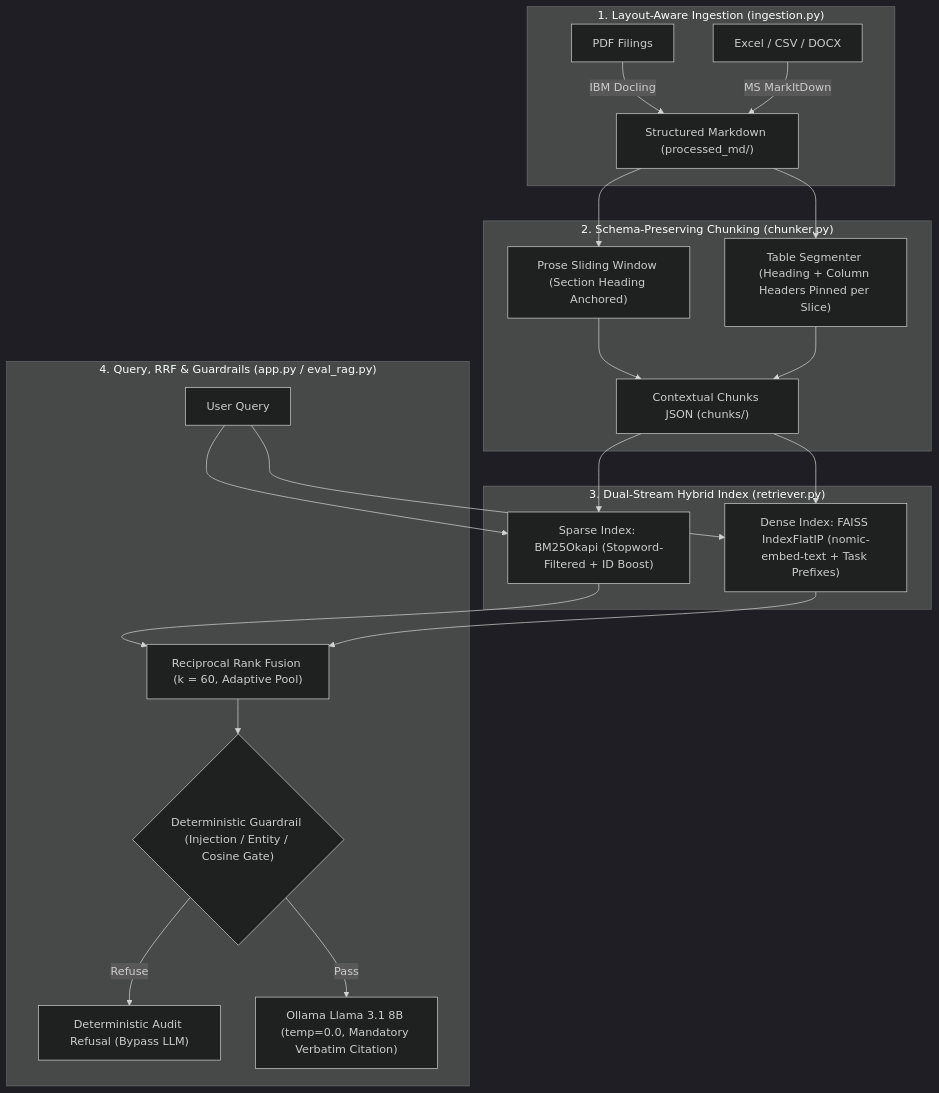
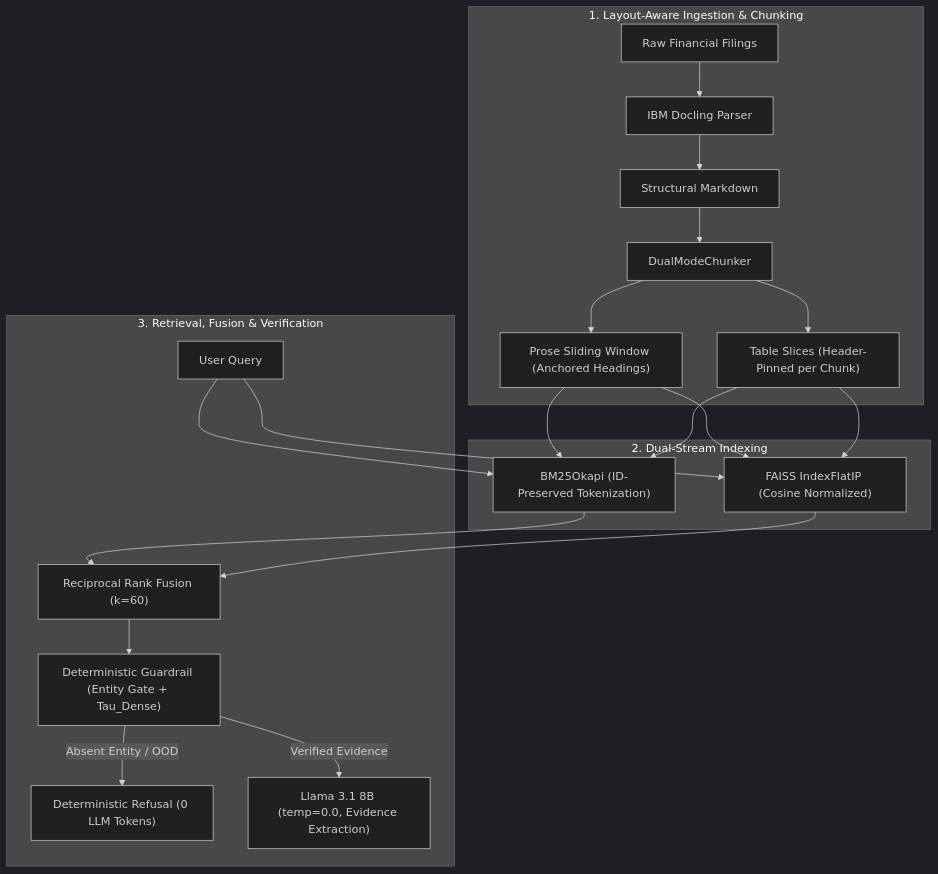
Before and after one commit to MihirNagarkar/DataHound-RAG: the diagram in README.md, drawn with Mermaid (dark theme). The commit also changed other lines of this file and 4 other files, not shown here.

````diff
--- a/README.md
+++ b/README.md
@@ -17,29 +17,23 @@
 ```mermaid
 flowchart TD
-    subgraph S1["1. Layout-Aware Ingestion (ingestion.py)"]
-        PDF["PDF Filings"] -->|IBM Docling| MD["Structured Markdown (processed_md/)"]
-        XLS["Excel / CSV / DOCX"] -->|MS MarkItDown| MD
+    subgraph Ingestion ["1. Layout-Aware Ingestion & Chunking"]
+        PDF["Raw Financial Filings"] --> Docling["IBM Docling Parser"]
+        Docling --> MD["Structural Markdown"]
+        MD --> Chunker["DualModeChunker"]
+        Chunker --> Prose["Prose Sliding Window (Anchored Headings)"]
+        Chunker --> Tables["Table Slices (Header-Pinned per Chunk)"]
     end
 
-    subgraph S2["2. Schema-Preserving Chunking (chunker.py)"]
-        MD --> PROSE["Prose Sliding Window (Section Heading Anchored)"]
-        MD --> TABLE["Table Segmenter (Heading + Column Headers Pinned per Slice)"]
-        PROSE --> CHUNKS["Contextual Chunks JSON (chunks/)"]
-        TABLE --> CHUNKS
+    subgraph Indexing ["2. Dual-Stream Indexing"]
+        Prose & Tables --> BM25["BM25Okapi (ID-Preserved Tokenization)"]
+        Prose & Tables --> FAISS["FAISS IndexFlatIP (Cosine Normalized)"]
     end
 
-    subgraph S3["3. Dual-Stream Hybrid Index (retriever.py)"]
-        CHUNKS --> BM25["Sparse Index: BM25Okapi (Stopword-Filtered + ID Boost)"]
-        CHUNKS --> FAISS["Dense Index: FAISS IndexFlatIP (nomic-embed-text + Task Prefixes)"]
-    end
-
-    subgraph S4["4. Query, RRF & Guardrails (app.py / eval_rag.py)"]
-        Q["User Query"] --> BM25
-        Q --> FAISS
-        BM25 --> RRF["Reciprocal Rank Fusion (k = 60, Adaptive Pool)"]
-        FAISS --> RRF
-        RRF --> GUARD{"Deterministic Guardrail (Injection / Entity / Cosine Gate)"}
-        GUARD -->|Refuse| REF["Deterministic Audit Refusal (Bypass LLM)"]
-        GUARD -->|Pass| LLM["Ollama Llama 3.1 8B (temp=0.0, Mandatory Verbatim Citation)"]
+    subgraph Retrieval ["3. Retrieval, Fusion & Verification"]
+        Query["User Query"] --> BM25 & FAISS
+        BM25 & FAISS --> RRF["Reciprocal Rank Fusion (k=60)"]
+        RRF --> Guard["Deterministic Guardrail (Entity Gate + Tau_Dense)"]
+        Guard -- "Absent Entity / OOD" --> Reject["Deterministic Refusal (0 LLM Tokens)"]
+        Guard -- "Verified Evidence" --> LLM["Llama 3.1 8B (temp=0.0, Evidence Extraction)"]
     end
 ```
````
